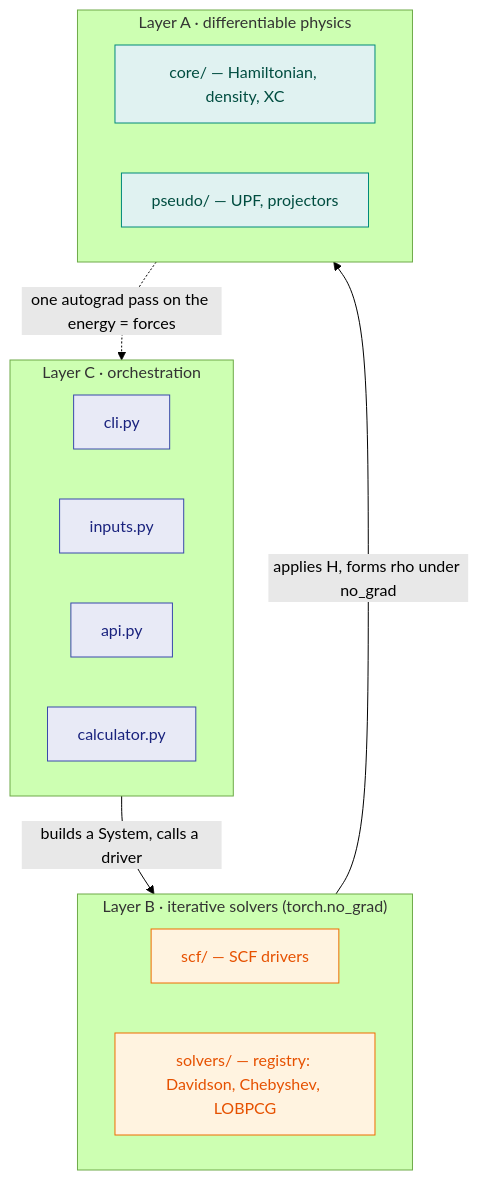
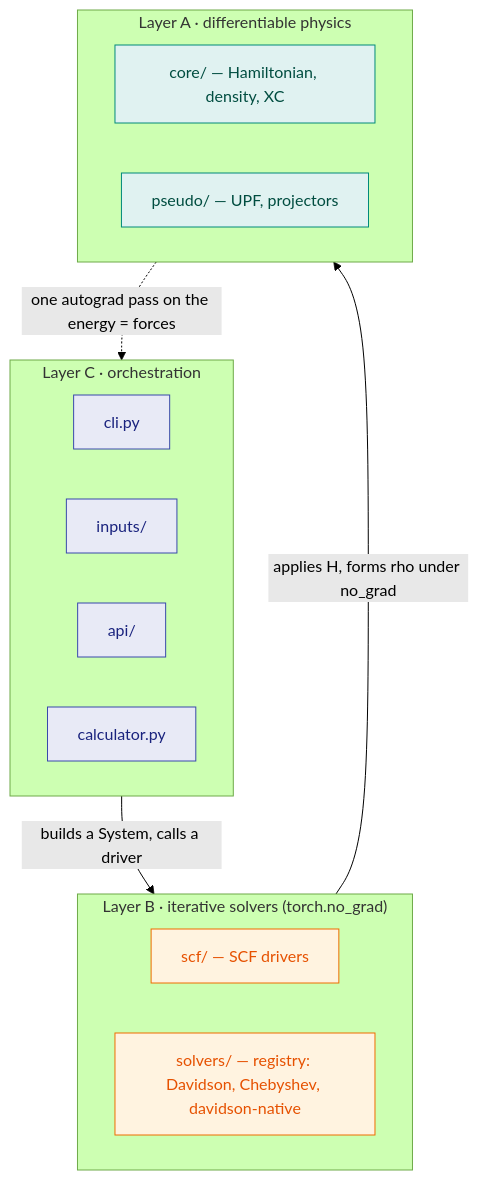
The first of 4 diagrams in docs/manual/architecture.md (wladerer/gradwave), drawn with Mermaid (forest theme) before and after one commit. The commit also changed other lines of this file and 2 other files, not shown here.

````diff
--- a/docs/manual/architecture.md
+++ b/docs/manual/architecture.md
@@ -16,31 +16,31 @@
 ```mermaid
 flowchart TB
     subgraph C["Layer C · orchestration"]
         direction LR
         cli["cli.py"]
-        inputs["inputs.py"]
-        api["api.py"]
+        inputs["inputs/"]
+        api["api/"]
         calc["calculator.py"]
     end
     subgraph B["Layer B · iterative solvers (torch.no_grad)"]
         direction LR
         scf["scf/ — SCF drivers"]
-        solvers["solvers/ — registry: Davidson, Chebyshev, LOBPCG"]
+        solvers["solvers/ — registry: Davidson, Chebyshev, davidson-native"]
     end
     subgraph A["Layer A · differentiable physics"]
         direction LR
         core["core/ — Hamiltonian, density, XC"]
         pseudo["pseudo/ — UPF, projectors"]
     end
 
     C -->|"builds a System, calls a driver"| B
     B -->|"applies H, forms rho under no_grad"| A
     A -.->|"one autograd pass on the energy = forces"| C
 
     classDef cLayer fill:#e8eaf6,stroke:#3949ab,color:#1a237e;
     classDef bLayer fill:#fff3e0,stroke:#ef6c00,color:#e65100;
     classDef aLayer fill:#e0f2f1,stroke:#00897b,color:#004d40;
     class cli,inputs,api,calc cLayer;
     class scf,solvers bLayer;
     class core,pseudo aLayer;
 ```
````
